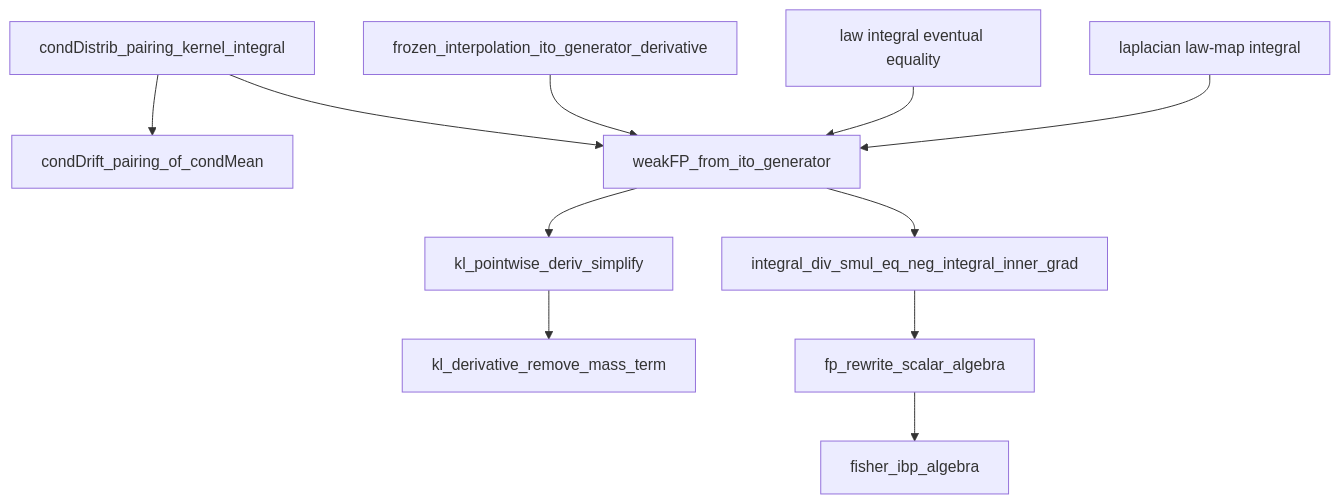
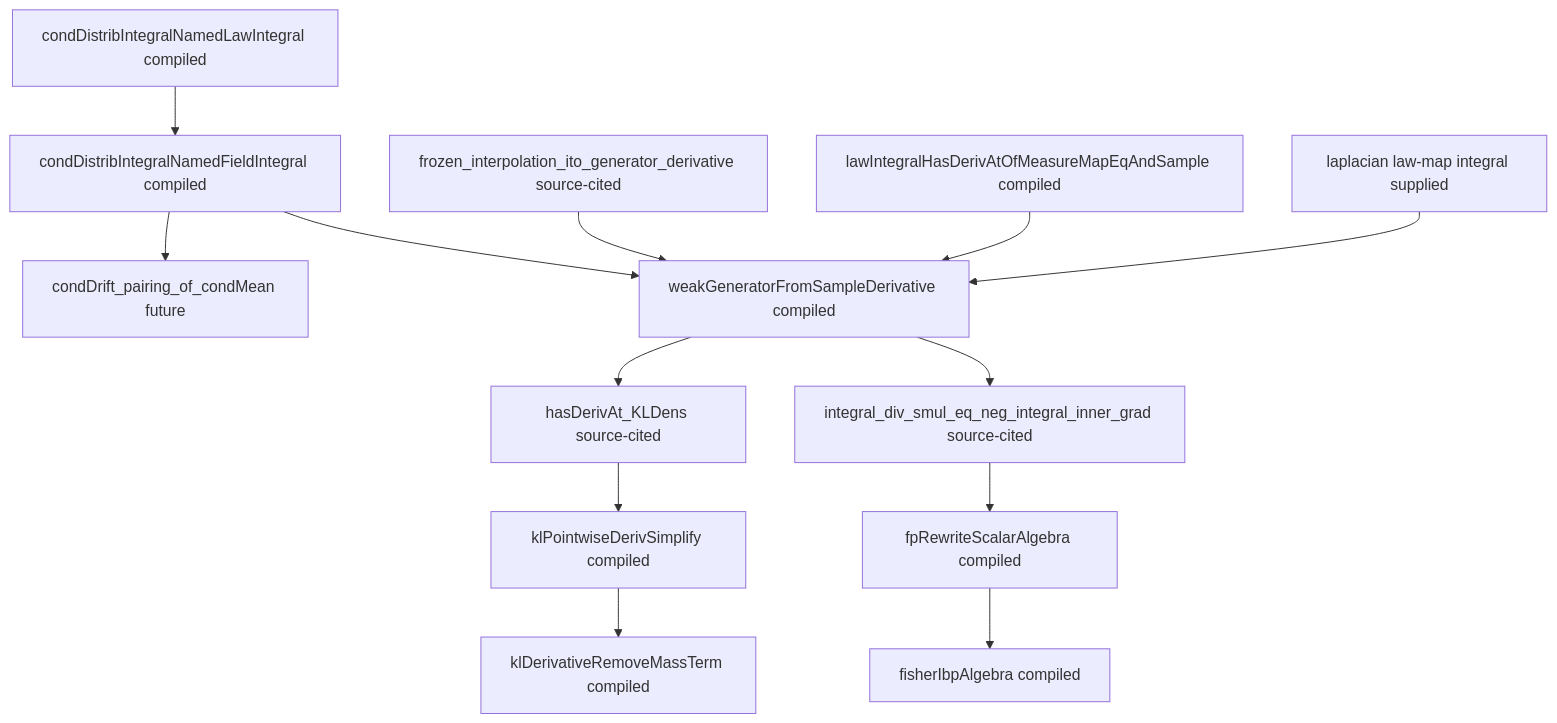
Before and after one commit to DakeBU/Auto-Sampling-Theory-In-Sleep: the diagram in research-wiki/lemma-dags/Pro_assimilated_leaf_targets.md, drawn with Mermaid. The commit also changed other lines of this file and 46 other files, not shown here.

````diff
--- a/research-wiki/lemma-dags/Pro_assimilated_leaf_targets.md
+++ b/research-wiki/lemma-dags/Pro_assimilated_leaf_targets.md
@@ -10,25 +10,29 @@
 ```mermaid
 flowchart TD
-  A1[condDistrib_pairing_kernel_integral]
-  A2[condDrift_pairing_of_condMean]
-  B1[weakFP_from_ito_generator]
-  Ito[frozen_interpolation_ito_generator_derivative]
-  Law[law integral eventual equality]
-  Lap[laplacian law-map integral]
-  KL1[kl_pointwise_deriv_simplify]
-  KL2[kl_derivative_remove_mass_term]
-  IBP[integral_div_smul_eq_neg_integral_inner_grad]
-  ALG1[fp_rewrite_scalar_algebra]
-  ALG2[fisher_ibp_algebra]
+  A0[condDistribIntegralNamedLawIntegral compiled]
+  A1[condDistribIntegralNamedFieldIntegral compiled]
+  A2[condDrift_pairing_of_condMean future]
+  B1[weakGeneratorFromSampleDerivative compiled]
+  Ito[frozen_interpolation_ito_generator_derivative source-cited]
+  Law[lawIntegralHasDerivAtOfMeasureMapEqAndSample compiled]
+  Lap[laplacian law-map integral supplied]
+  KL0[hasDerivAt_KLDens source-cited]
+  KL1[klPointwiseDerivSimplify compiled]
+  KL2[klDerivativeRemoveMassTerm compiled]
+  IBP[integral_div_smul_eq_neg_integral_inner_grad source-cited]
+  ALG1[fpRewriteScalarAlgebra compiled]
+  ALG2[fisherIbpAlgebra compiled]
 
+  A0 --> A1
   A1 --> A2
   Ito --> B1
   A1 --> B1
   Law --> B1
   Lap --> B1
-  B1 --> KL1
+  B1 --> KL0
+  KL0 --> KL1
   KL1 --> KL2
   B1 --> IBP
   IBP --> ALG1
   ALG1 --> ALG2
 ```
````
